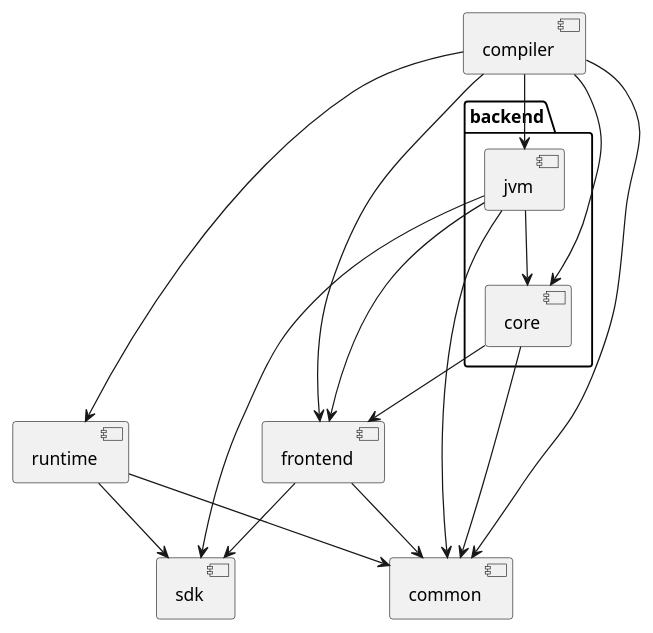
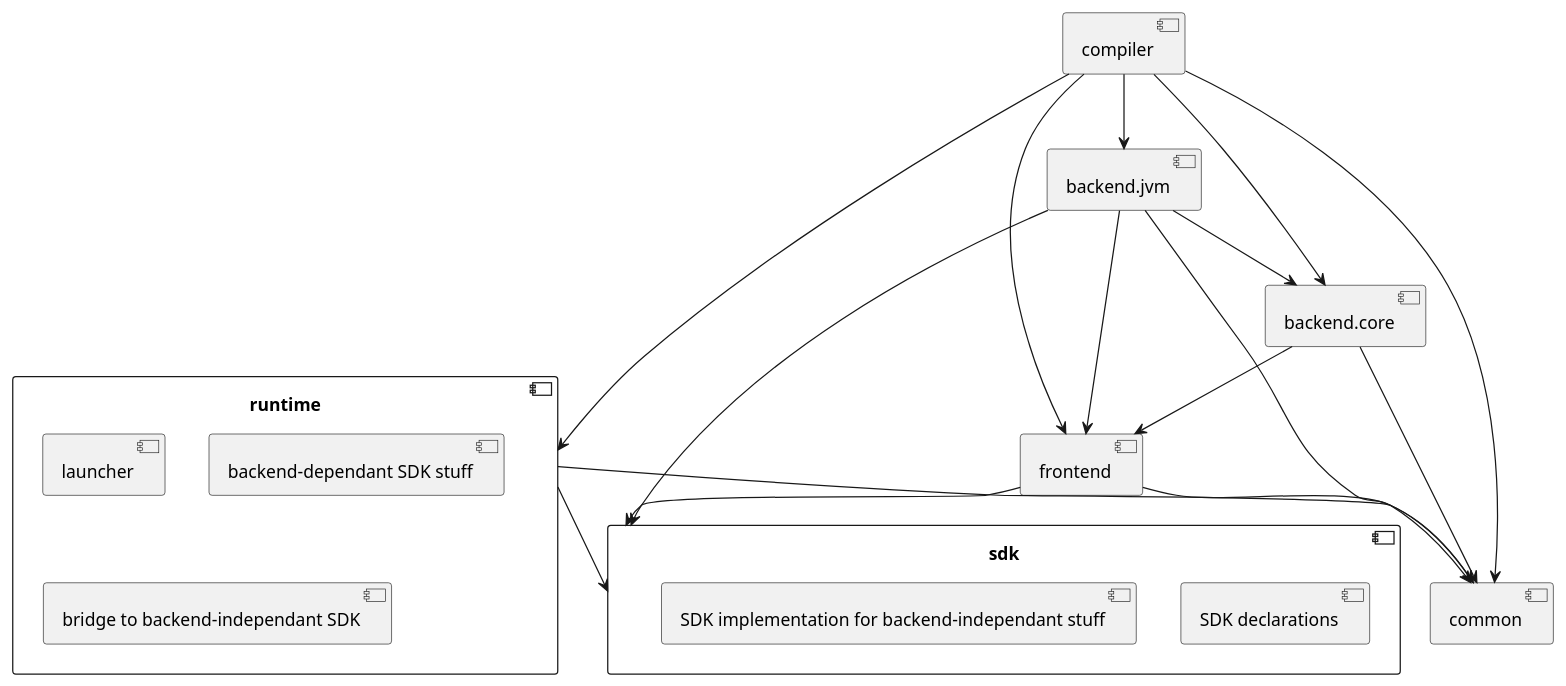
Before and after one commit to jpragey/Sirius: the diagram in src/docs/asciidoc/compiler_components.adoc, drawn with PlantUML. The commit also changed other lines of this file and 24 other files, not shown here.

```diff
--- a/src/docs/asciidoc/compiler_components.adoc
+++ b/src/docs/asciidoc/compiler_components.adoc
@@ -6,40 +6,45 @@
 [plantuml, "modules"]
 ----
 component common  {
 }
 
 component sdk  { 
+[SDK declarations]
+[SDK implementation for backend-independant stuff]
 }
 
 component runtime  { 
+[launcher]
+[backend-dependant SDK stuff]
+[bridge to backend-independant SDK]
 }
 runtime --> common 
 runtime --> sdk
 
 component frontend  {
 }
 frontend --> common 
 frontend --> sdk
 
 component backend.core  { 
 }
 backend.core --> common
 backend.core --> frontend
 
 component backend.jvm  { 
 }
 backend.jvm --> common 
 backend.jvm --> frontend 
 backend.jvm --> backend.core 
 backend.jvm --> sdk
 
 component compiler  {
 }
 
 compiler --> common 
 compiler --> frontend
 compiler --> backend.core
 compiler --> backend.jvm
 compiler --> runtime
 
 ----
```
